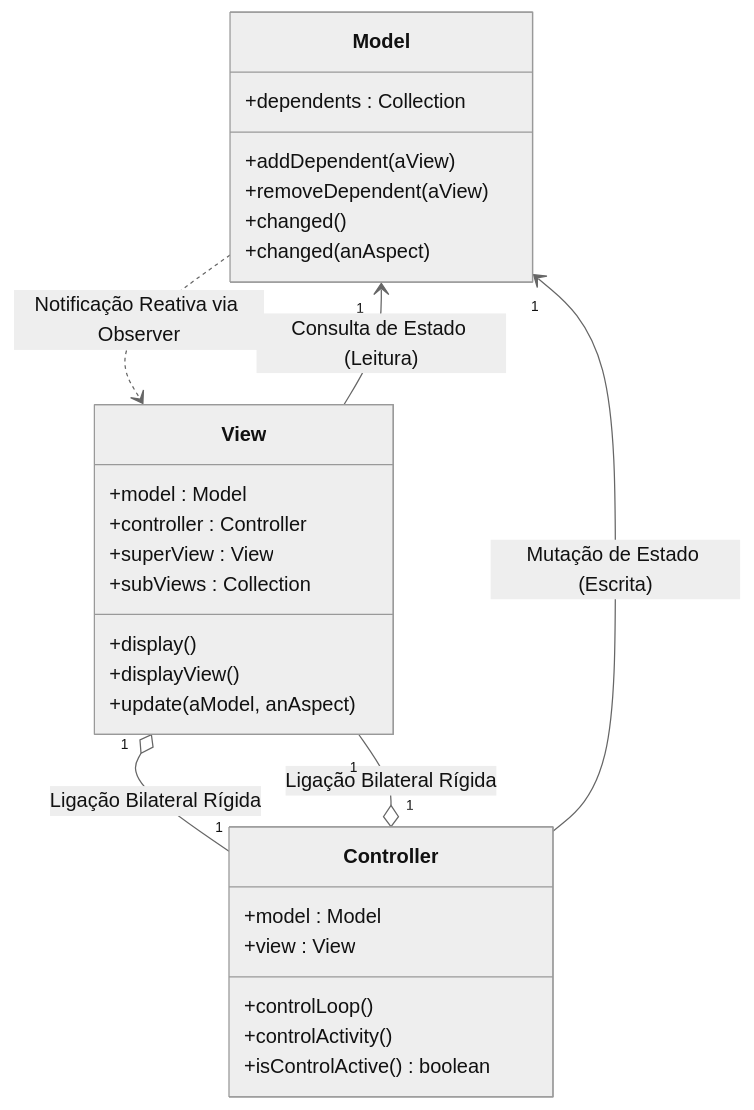
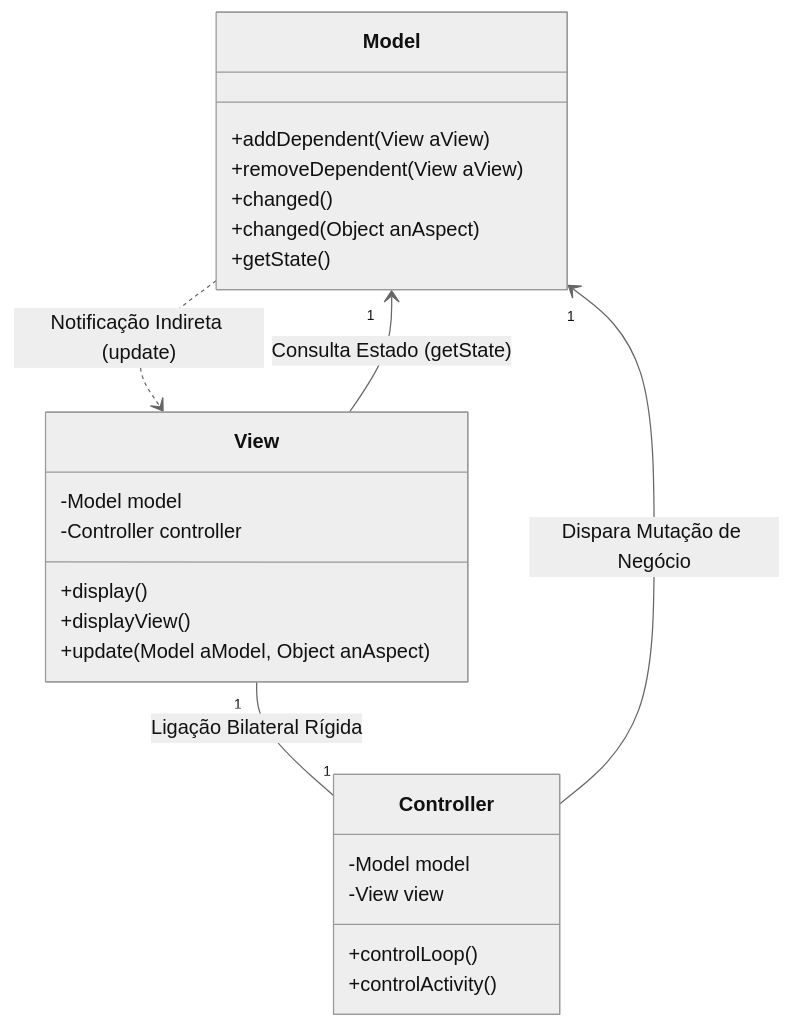
Before and after one commit to murilolol/unifef: diagram 20 of 28 in 4º Semestre/[Prof. Wesley Soares] Engenharia de Software II/Resumos-IA/Caderno-Consolidado.md, drawn with Mermaid (neutral theme). The commit also changed other lines of this file and 40 other files, not shown here.

````diff
--- a/4º Semestre/[Prof. Wesley Soares] Engenharia de Software II/Resumos-IA/Caderno-Consolidado.md
+++ b/4º Semestre/[Prof. Wesley Soares] Engenharia de Software II/Resumos-IA/Caderno-Consolidado.md
@@ -1002,34 +902,28 @@
 ```mermaid
 classDiagram
     class Model {
-        +dependents : Collection
-        +addDependent(aView)
-        +removeDependent(aView)
+        +addDependent(View aView)
+        +removeDependent(View aView)
         +changed()
-        +changed(anAspect)
+        +changed(Object anAspect)
+        +getState()
+    }
+    class View {
+        -Model model
+        -Controller controller
+        +display()
+        +displayView()
+        +update(Model aModel, Object anAspect)
+    }
+    class Controller {
+        -Model model
+        -View view
+        +controlLoop()
+        +controlActivity()
     }
 
-    class View {
-        +model : Model
-        +controller : Controller
-        +superView : View
-        +subViews : Collection
-        +display()
-        +displayView()
-        +update(aModel, anAspect)
-    }
-
-    class Controller {
-        +model : Model
-        +view : View
-        +controlLoop()
-        +controlActivity()
-        +isControlActive() boolean
-    }
-
-    View "1" o-- "1" Controller : Ligação Bilateral Rígida
-    Controller "1" o-- "1" View : Ligação Bilateral Rígida
-    View --> "1" Model : Consulta de Estado (Leitura)
-    Controller --> "1" Model : Mutação de Estado (Escrita)
-    Model ..> View : Notificação Reativa via Observer
+    View "1" -- "1" Controller : Ligação Bilateral Rígida
+    View --> "1" Model : Consulta Estado (getState)
+    Controller --> "1" Model : Dispara Mutação de Negócio
+    Model ..> View : Notificação Indireta (update)
 ```
````
